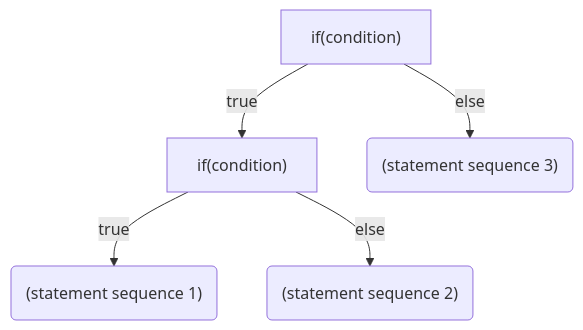
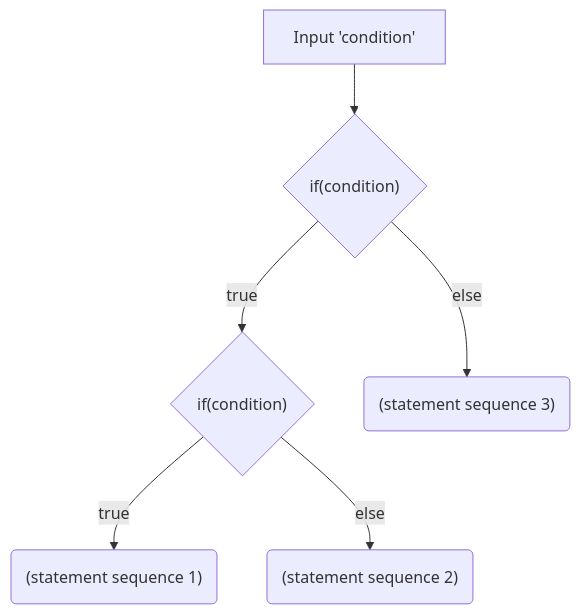
The third of 5 diagrams in 2binary/README.md (amydevs/php-assignments), drawn with Mermaid before and after one commit. The commit also changed other lines of this file and 3 other files, not shown here.

Commit message:
updated graphs

````diff
--- a/2binary/README.md
+++ b/2binary/README.md
@@ -24,10 +24,10 @@
 ```mermaid
 graph TD
-    A["if(condition)"]
-    B["if(condition)"] 
+    input["Input 'condition'"] --> A{"if(condition)"}
+    B{"if(condition)"}
     E("(statement sequence 3)")
     A --> |true| B
     A --> |else| E
     B --> |true| C("(statement sequence 1)")
     B --> |else| D("(statement sequence 2)")
 ```
````
